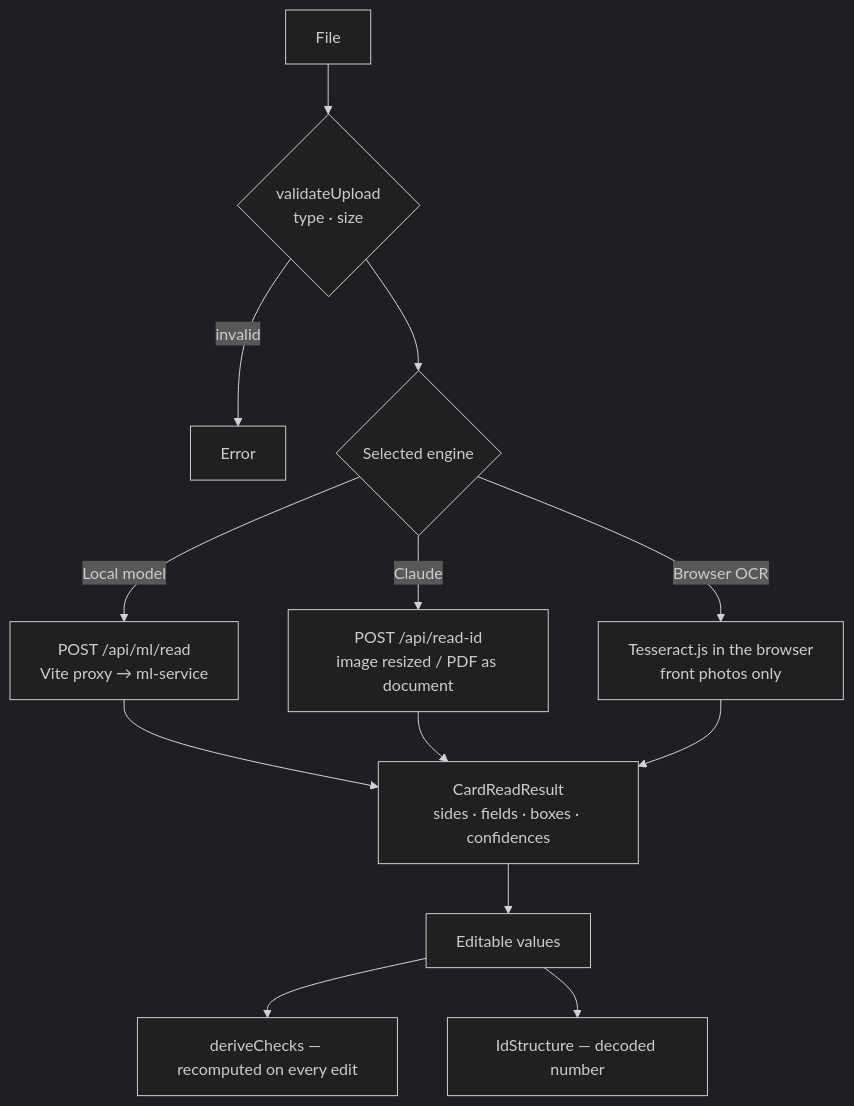
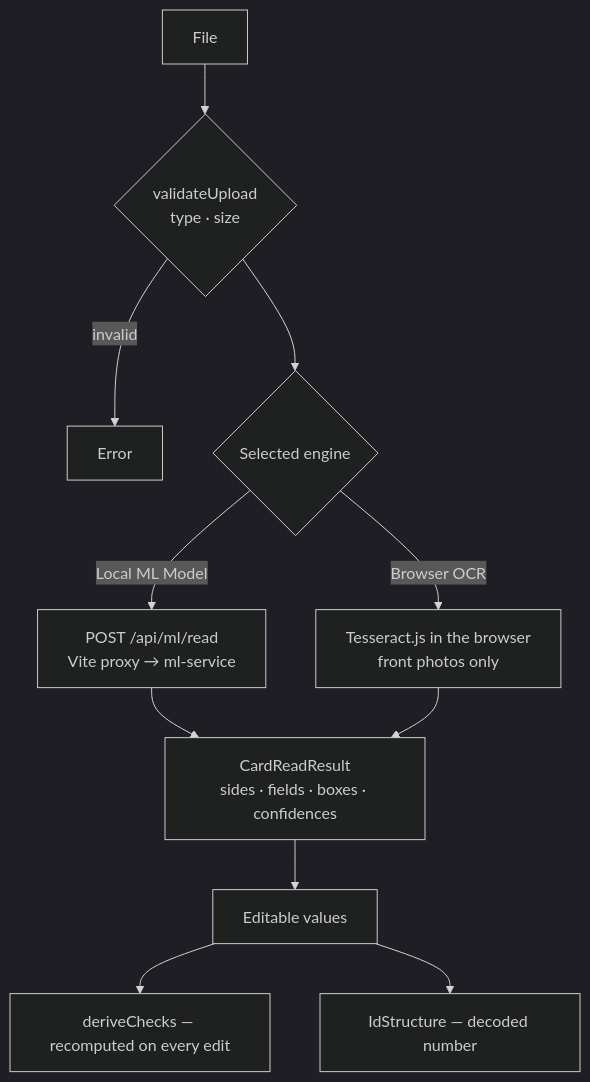
The diagram in docs/task-2-national-id.md (Redolid/egic-assignment), drawn with Mermaid (dark theme) before and after one commit. The commit also changed other lines of this file and 52 other files, not shown here.

````diff
--- a/docs/task-2-national-id.md
+++ b/docs/task-2-national-id.md
@@ -36,15 +38,13 @@
 ```mermaid
 flowchart TD
   A[File] --> B{validateUpload<br/>type · size}
   B -- invalid --> E1[Error]
   B --> C{Selected engine}
-  C -- Local model --> L[POST /api/ml/read<br/>Vite proxy → ml-service]
-  C -- Claude --> K[POST /api/read-id<br/>image resized / PDF as document]
+  C -- Local ML Model --> L[POST /api/ml/read<br/>Vite proxy → ml-service]
   C -- Browser OCR --> T[Tesseract.js in the browser<br/>front photos only]
   L --> R[CardReadResult<br/>sides · fields · boxes · confidences]
-  K --> R
   T --> R
   R --> V[Editable values]
   V --> X[deriveChecks — recomputed on every edit]
   V --> S[IdStructure — decoded number]
 ```
````
